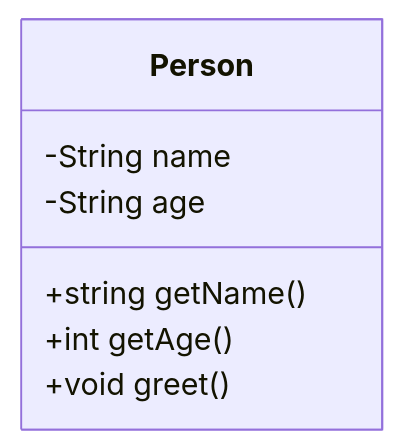
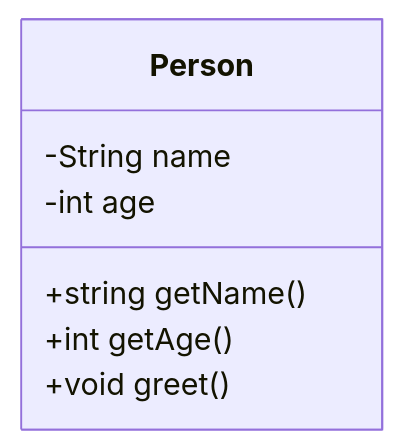
Before and after one commit to carlos-paezf/Object_Oriented_Programming: the second of 3 diagrams in docs/block-01_oop-fundamentals/01_basic-concepts.md, drawn with Mermaid. The commit also changed 1 other file, not shown here.

Commit message:
docs: fix sintaxis

````diff
--- a/docs/block-01_oop-fundamentals/01_basic-concepts.md
+++ b/docs/block-01_oop-fundamentals/01_basic-concepts.md
@@ -48,10 +48,10 @@
 ```mermaid
 classDiagram
     class Person {
         -String name
-        -String age
+        -int age
         +string getName()
         +int getAge()
         +void greet()
     }
 ```
````
